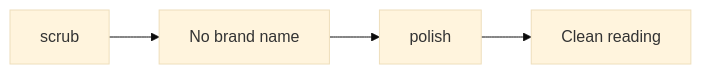
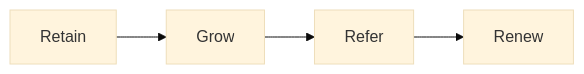
Before and after one commit to redrhino-online/red-canon: diagram 20 of 27 in README.md, drawn with Mermaid (base theme). The commit also changed other lines of this file, not shown here.

````diff
--- a/README.md
+++ b/README.md
@@ -258,5 +424,4 @@
 ```mermaid
 flowchart LR
-    A[scrub] --> B[No brand name]
-    B --> C[polish] --> D[Clean reading]
+    A[Retain] --> B[Grow] --> C[Refer] --> D[Renew]
 ```
````
